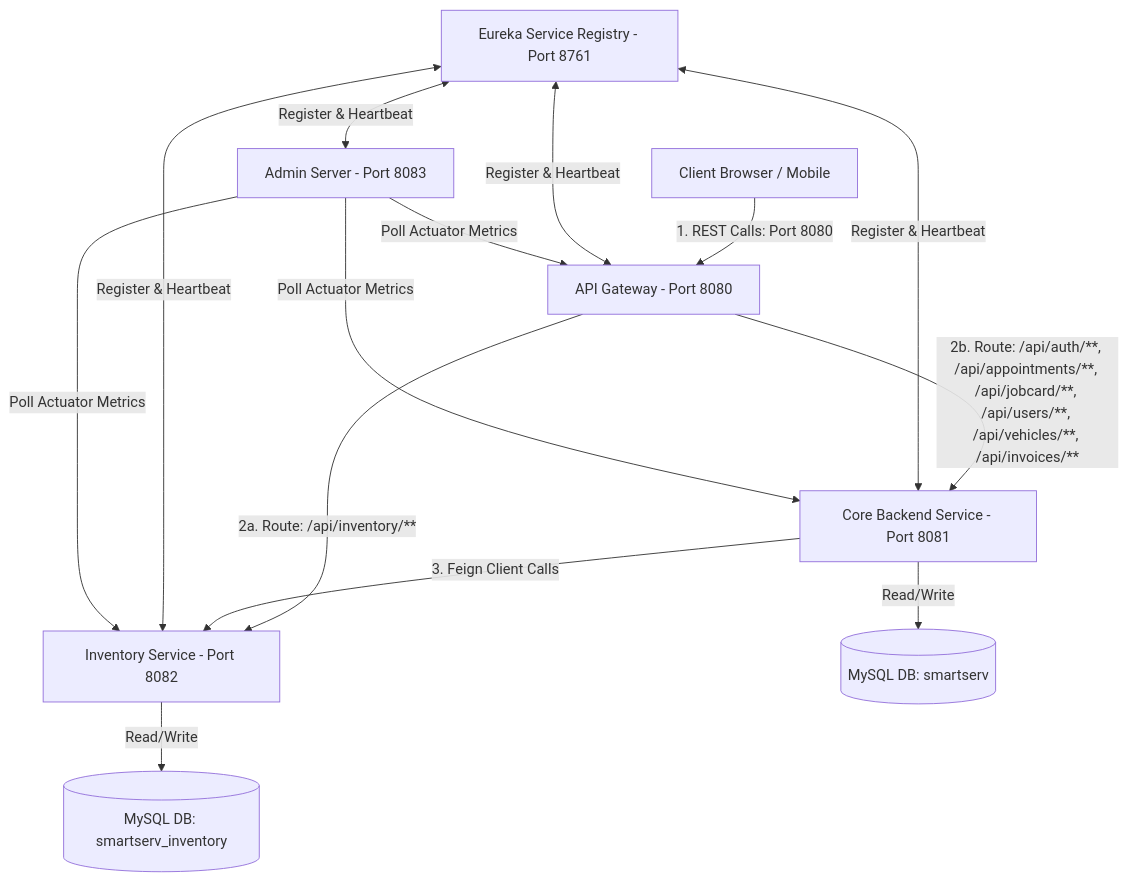
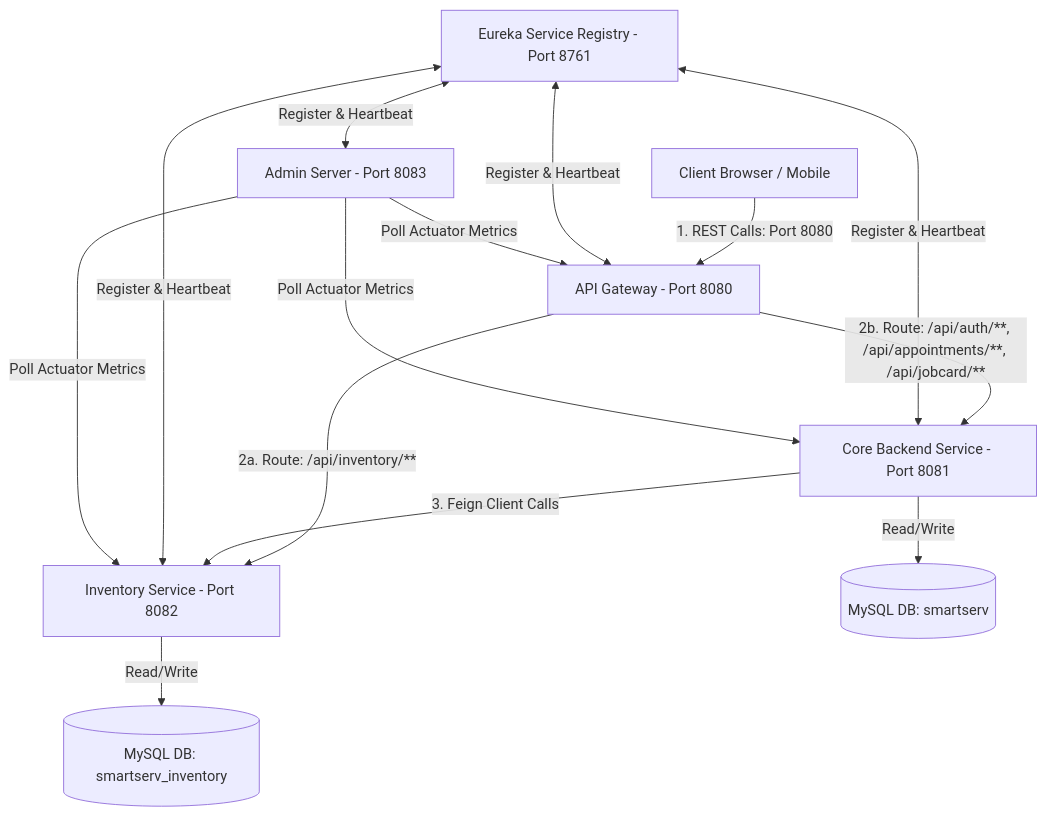
One commit to shivamghaware/SmartServ changed the first of 5 diagrams in docs/MICROSERVICES_MIGRATION_PLAN.md. Above: the diagram before and after it, drawn with Mermaid. The commit also changed other lines of this file and 22 other files, not shown here.

````diff
--- a/docs/MICROSERVICES_MIGRATION_PLAN.md
+++ b/docs/MICROSERVICES_MIGRATION_PLAN.md
@@ -9,26 +9,26 @@
 ```mermaid
 graph TD
     Client[Client Browser / Mobile] -->|1. REST Calls: Port 8080| Gateway[API Gateway - Port 8080]
     
     %% Gateway routes
     Gateway -->|2a. Route: /api/inventory/**| InventoryService[Inventory Service - Port 8082]
-    Gateway -->|2b. Route: /api/auth/**, /api/appointments/**, /api/jobcard/**, /api/users/**, /api/vehicles/**, /api/invoices/**| CoreService[Core Backend Service - Port 8081]
+    Gateway -->|2b. Route: /api/auth/**, /api/appointments/**, /api/jobcard/**| CoreService[Core Backend Service - Port 8081]
     
     %% Inter-service calls
     CoreService -->|3. Feign Client Calls| InventoryService
     
     %% Registration
     Eureka[Eureka Service Registry - Port 8761] <-->|Register & Heartbeat| Gateway
     Eureka <-->|Register & Heartbeat| CoreService
     Eureka <-->|Register & Heartbeat| InventoryService
     Eureka <-->|Register & Heartbeat| AdminServer[Admin Server - Port 8083]
     
     %% Monitoring
     AdminServer -->|Poll Actuator Metrics| Gateway
     AdminServer -->|Poll Actuator Metrics| CoreService
     AdminServer -->|Poll Actuator Metrics| InventoryService
     
     %% Databases
     CoreService -->|Read/Write| DBCore[(MySQL DB: smartserv)]
     InventoryService -->|Read/Write| DBInventory[(MySQL DB: smartserv_inventory)]
 ```
````
